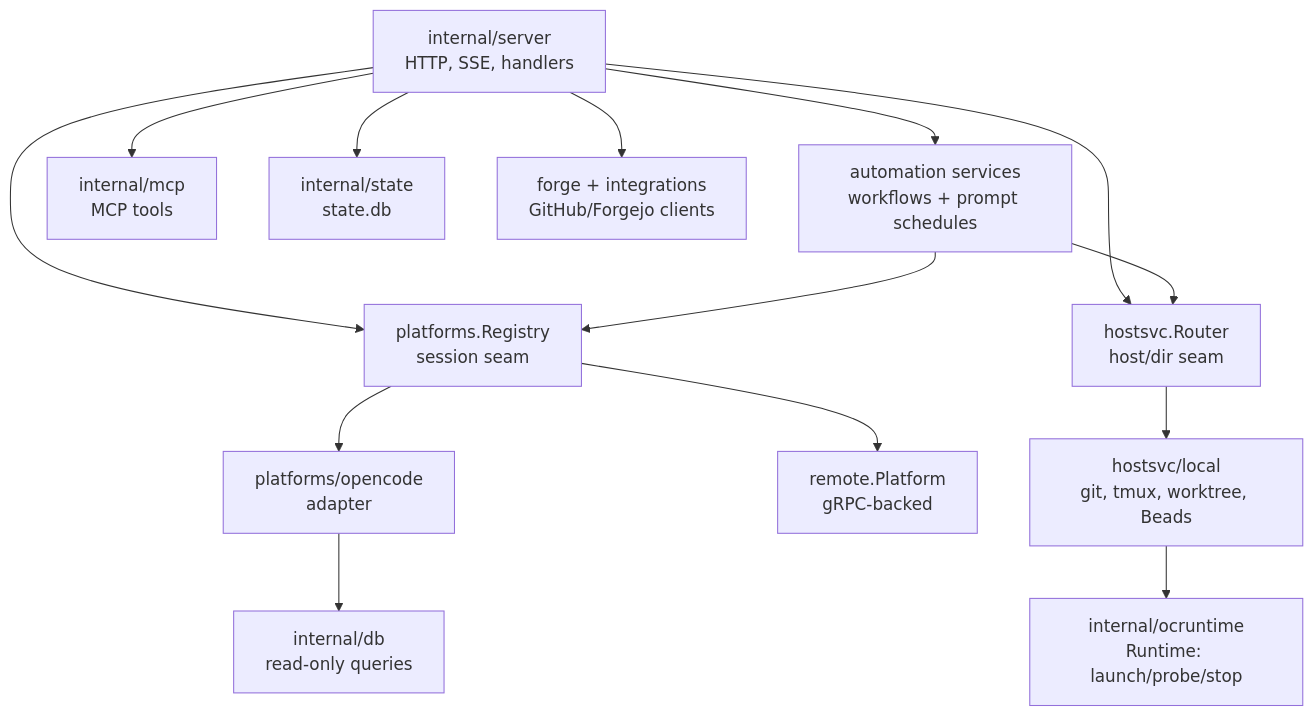
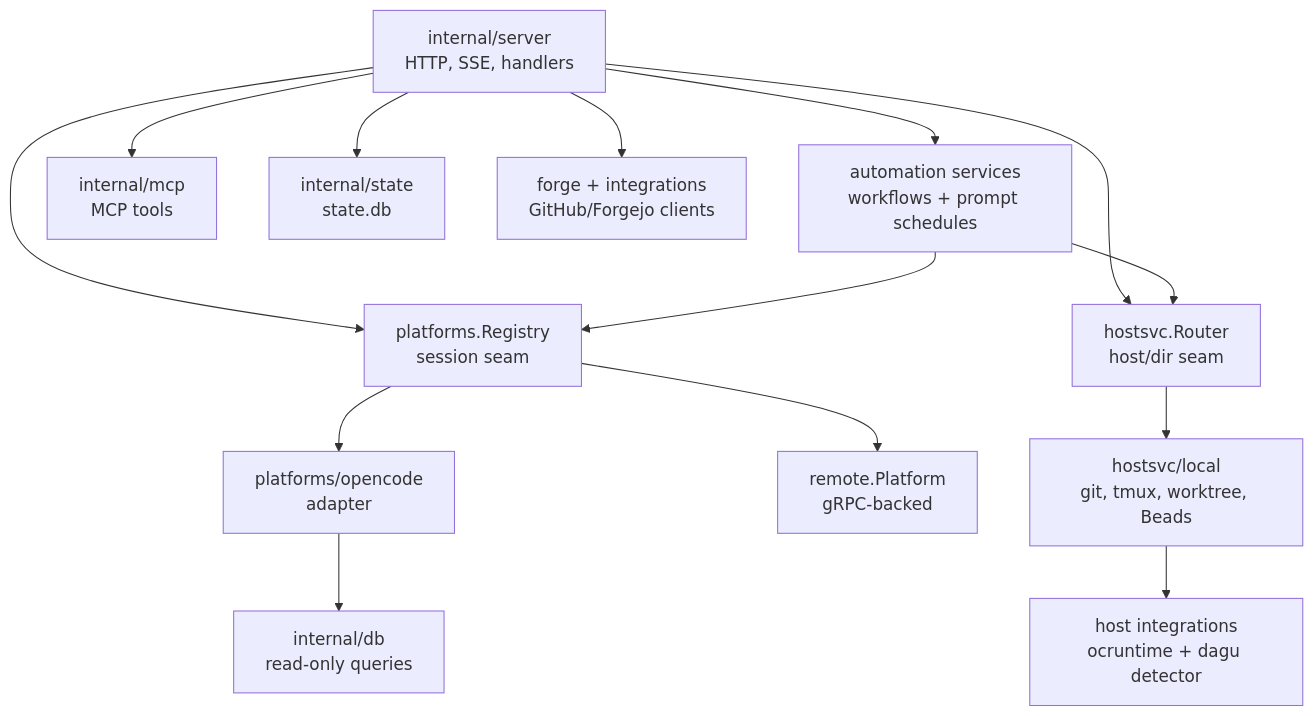
The second of 4 diagrams in docs/architecture.md (ocman/ocman), drawn with Mermaid before and after one commit. The commit also changed other lines of this file and 22 other files, not shown here.

````diff
--- a/docs/architecture.md
+++ b/docs/architecture.md
@@ -48,16 +51,16 @@
 ```mermaid
 flowchart TD
     Server[internal/server<br/>HTTP, SSE, handlers] --> Registry[platforms.Registry<br/>session seam]
     Server --> Router[hostsvc.Router<br/>host/dir seam]
     Server --> Workflows[automation services<br/>workflows + prompt schedules]
     Workflows --> Registry
     Workflows --> Router
     Server --> MCP[internal/mcp<br/>MCP tools]
     Registry --> OC[platforms/opencode<br/>adapter]
     Registry --> RP[remote.Platform<br/>gRPC-backed]
     OC --> DB[internal/db<br/>read-only queries]
     Router --> Local[hostsvc/local<br/>git, tmux, worktree, Beads]
-    Local --> OCRT[internal/ocruntime<br/>Runtime: launch/probe/stop]
+    Local --> HostTools[host integrations<br/>ocruntime + dagu detector]
     Server --> State[internal/state<br/>state.db]
     Server --> Forge[forge + integrations<br/>GitHub/Forgejo clients]
 ```
````
